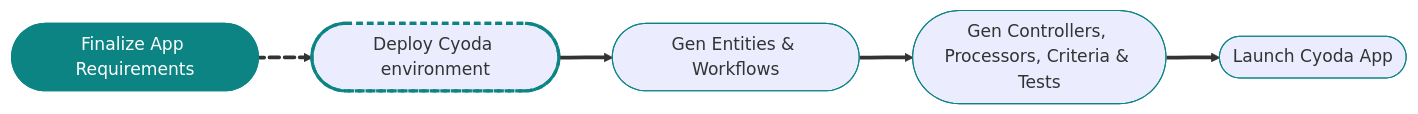
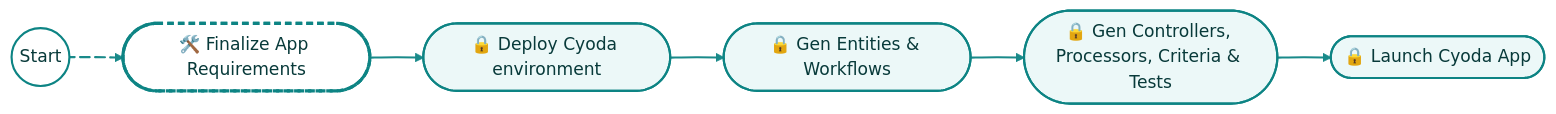
One commit to Cyoda-platform/ai-assistant changed the diagram in workflow_configs/messages/notify_requirement_discussion_a1b3/message.md. Above: the diagram before and after it, drawn with Mermaid. The commit also changed other lines of this file and 24 other files, not shown here.

````diff
--- a/workflow_configs/messages/notify_requirement_discussion_a1b3/message.md
+++ b/workflow_configs/messages/notify_requirement_discussion_a1b3/message.md
@@ -8,15 +9,22 @@
 ```mermaid
+%%{init: {'theme':'base','themeVariables':{
+  'primaryColor':'#ECF8F8','primaryTextColor':'#083A3A','primaryBorderColor':'#0D8484',
+  'lineColor':'#0D8484','fontFamily':'Inter, Arial, sans-serif','edgeLabelBackground':'#FFFFFF'
+}}}%%
 graph LR
-    A([Finalize App Requirements]):::done e1@
-    ==> B([Deploy Cyoda environment]):::next
-    B e2@ ==> C([Gen Entities & Workflows]):::bar
-    C e3@ ==> D([Gen Controllers, Processors, Criteria & Tests]):::bar
-    D e4@ ==> E([Launch Cyoda App]):::bar
+    S((Start)):::start e0@ ==> A([🛠️ Finalize App Requirements]):::next
+    A e1@ ==> B([🔒 Deploy Cyoda environment]):::bar
+    B e2@ ==> C([🔒 Gen Entities & Workflows]):::bar
+    C e3@ ==> D([🔒 Gen Controllers, Processors, Criteria & Tests]):::bar
+    D e4@ ==> E([🔒 Launch Cyoda App]):::bar
 
-    %% animate the transition to the next step
-    e1@{ animate: true }
+    %% animate incoming to the next step (A)
+    e0@{ animate: true }
 
-    classDef bar stroke:#0D8484
-    classDef done fill:#0D8484,stroke:#0D8484,color:#fff
-    classDef next stroke:#0D8484,stroke-width:3px,stroke-dasharray:6 4
+    classDef start fill:#FFFFFF,stroke:#0D8484,stroke-width:2px,color:#083A3A
+    classDef bar   fill:#ECF8F8,stroke:#0D8484,stroke-width:2px,rx:12,ry:12,color:#083A3A
+    classDef done  fill:#0D8484,stroke:#0D8484,stroke-width:2px,rx:12,ry:12,color:#FFFFFF
+    classDef next  fill:#FFFFFF,stroke:#0D8484,stroke-width:3px,stroke-dasharray:6 4,rx:12,ry:12,color:#083A3A
+    linkStyle default stroke:#0D8484,stroke-width:2px,opacity:0.95
+
 ```
````
